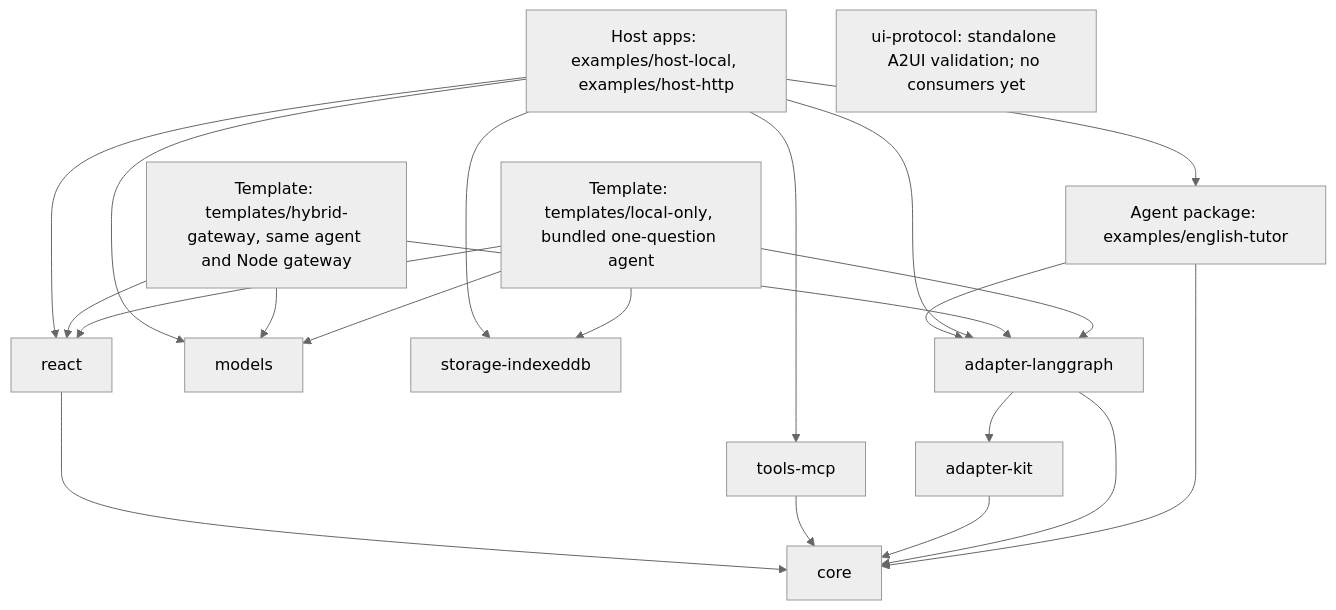
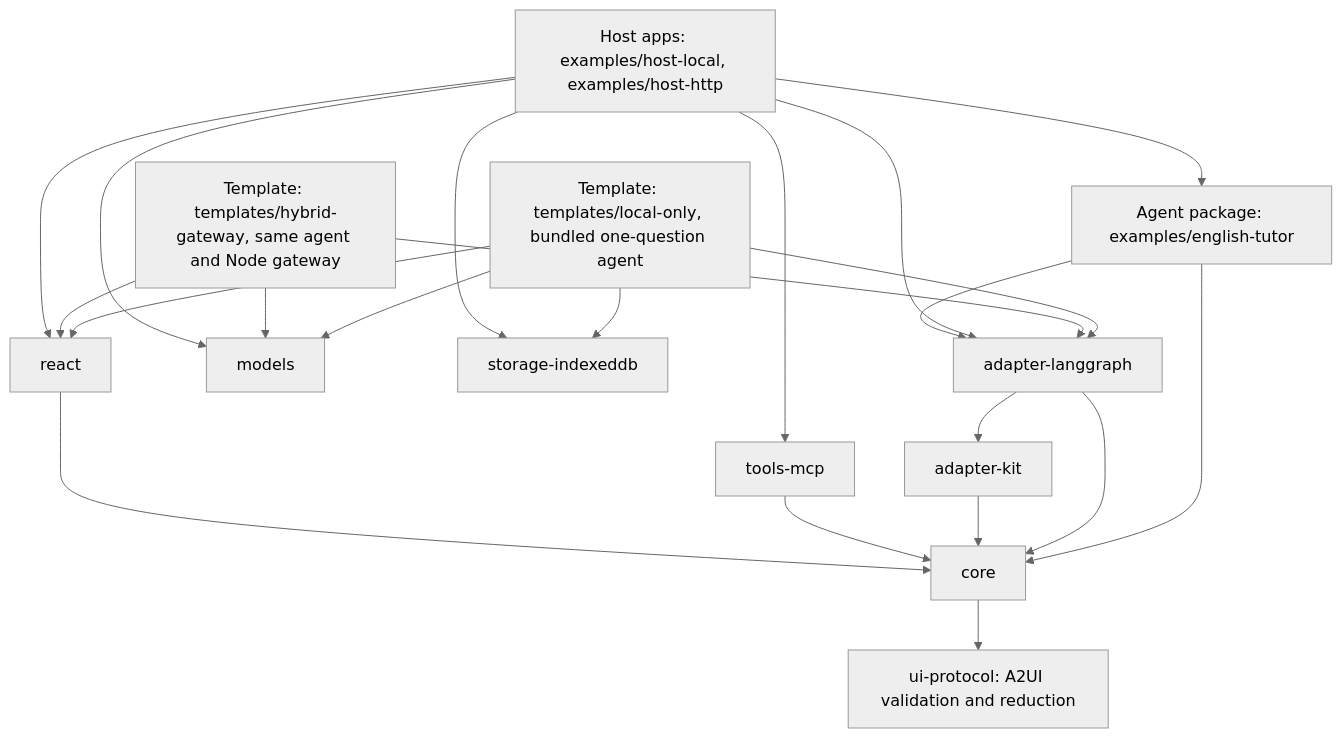
The second of 8 diagrams in docs/system-design.md (vinhnxv/galaxie), drawn with Mermaid (neutral theme) before and after one commit. The commit also changed other lines of this file and 25 other files, not shown here.

````diff
--- a/docs/system-design.md
+++ b/docs/system-design.md
@@ -94,15 +94,16 @@
 ```mermaid
 flowchart TD
     Host["Host apps: examples/host-local, examples/host-http"]
     Starter["Template: templates/local-only, bundled one-question agent"]
     Starter --> Adapter & Models & Storage & ReactPkg
     HybridStarter["Template: templates/hybrid-gateway, same agent and Node gateway"]
     HybridStarter --> Adapter & Models & ReactPkg
     Tutor["Agent package: examples/english-tutor"]
     Host --> Tutor
     Host --> Adapter["adapter-langgraph"] & Models["models"] & Mcp["tools-mcp"] & Storage["storage-indexeddb"] & ReactPkg["react"]
     Tutor --> Core["core"] & Adapter
     Adapter --> Kit["adapter-kit"]
-    Protocol["ui-protocol: standalone A2UI validation; no consumers yet"]
+    Protocol["ui-protocol: A2UI validation and reduction"]
     Adapter & Kit & Mcp & ReactPkg --> Core
+    Core --> Protocol
 ```
````
